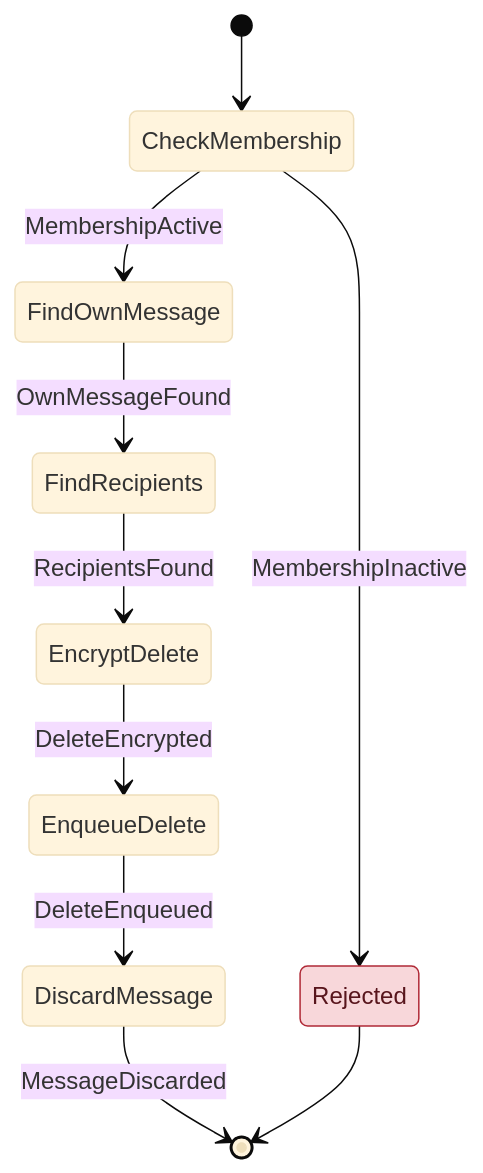
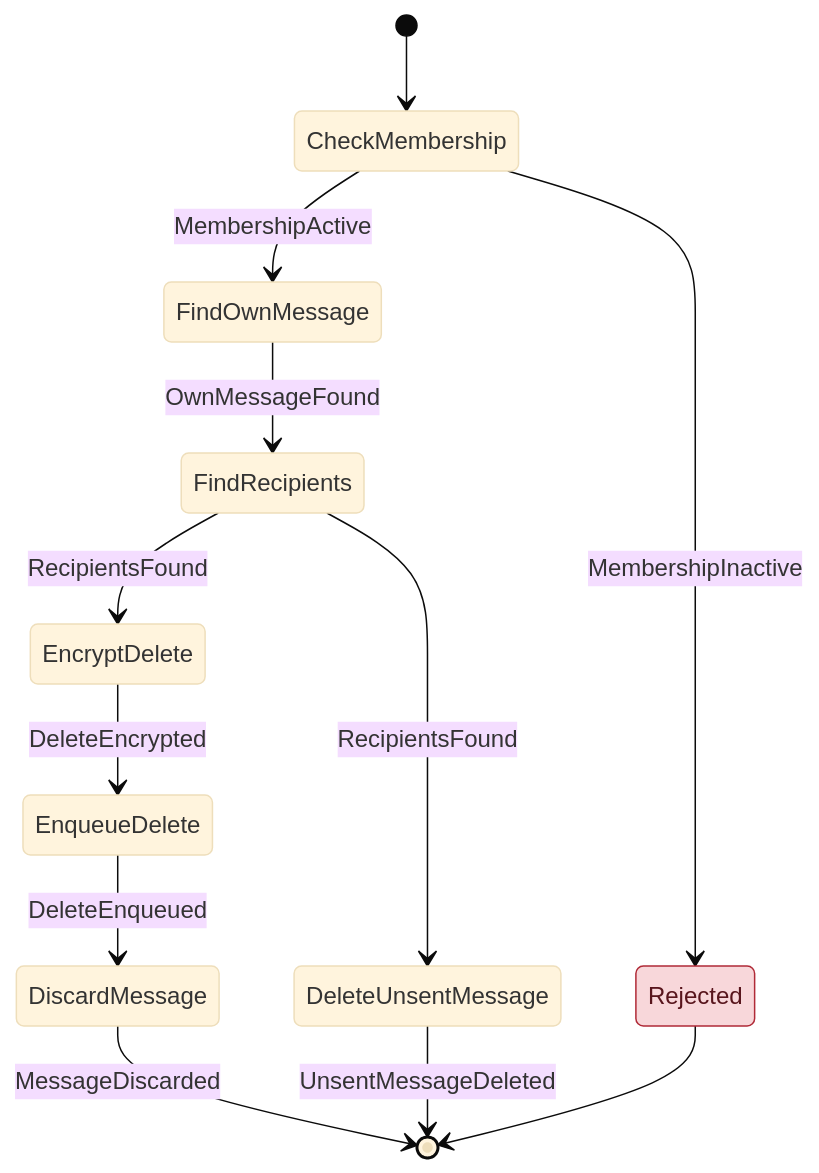
Before and after one commit to cbgm/Sparrow: diagram 17 of 27 in docs/architecture/workflows/message.md, drawn with Mermaid (base theme). The commit also changed other lines of this file and 193 other files, not shown here.

````diff
--- a/docs/architecture/workflows/message.md
+++ b/docs/architecture/workflows/message.md
@@ -395,14 +503,16 @@
 ```mermaid
 stateDiagram-v2
     [*] --> CheckMembership
     CheckMembership --> FindOwnMessage : MembershipActive
     CheckMembership --> Rejected : MembershipInactive
     FindOwnMessage --> FindRecipients : OwnMessageFound
+    FindRecipients --> DeleteUnsentMessage : RecipientsFound
     FindRecipients --> EncryptDelete : RecipientsFound
     EncryptDelete --> EnqueueDelete : DeleteEncrypted
     EnqueueDelete --> DiscardMessage : DeleteEnqueued
     DiscardMessage --> [*] : MessageDiscarded
+    DeleteUnsentMessage --> [*] : UnsentMessageDeleted
     Rejected --> [*]
     classDef reject fill:#f8d7da,stroke:#b02a37,color:#58151c
     class Rejected reject
 ```
````
